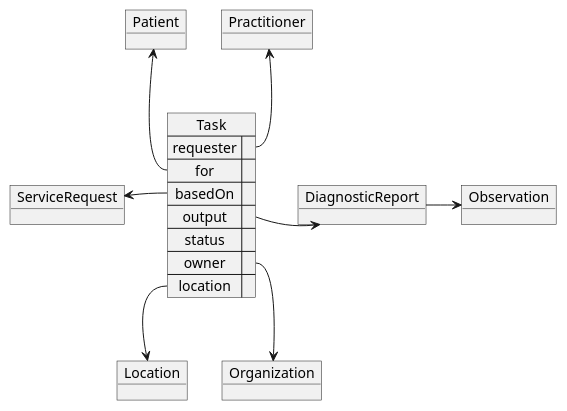
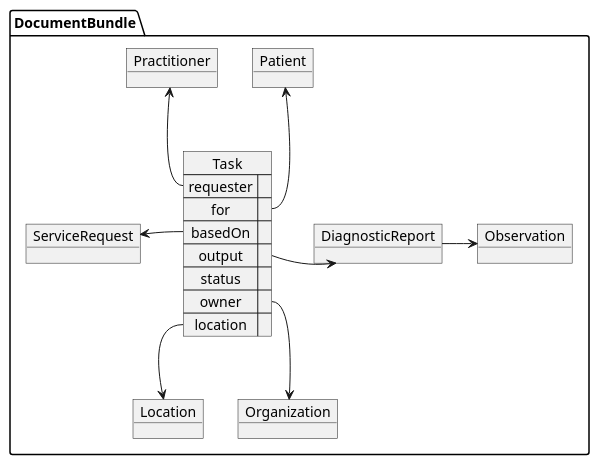
Before and after one commit to I-TECH-UW/laboratory-workflows-ig: the diagram in input/images-source/lab-bundle.plantuml, drawn with PlantUML.

Commit message:
Diagram update

```diff
--- a/input/images-source/lab-bundle.plantuml
+++ b/input/images-source/lab-bundle.plantuml
@@ -1,27 +1,28 @@
 @startuml
-object Patient
-object ServiceRequest
-object DiagnosticReport
-object Observation
-object Location
-object Organization
-object Practitioner
-
-map Task {
-  requester=>
-  for=>
-  basedOn=>
-  output=>
-  status=>
-  owner=>
-  location=>
+package DocumentBundle {
+  object Patient
+  object ServiceRequest
+  object DiagnosticReport
+  object Observation
+  object Location
+  object Organization
+  object Practitioner
+  map Task {
+    requester=>
+    for=>
+    basedOn=>
+    output=>
+    status=>
+    owner=>
+    location=>
+  }
 }
 
 Task::requester -u-> Practitioner
 Task::basedOn -l-> ServiceRequest
 Task::owner -d-> Organization
 Task::location -d-> Location
 Task::output -r-> DiagnosticReport
 DiagnosticReport -r-> Observation
 Task::for -u-> Patient
 @enduml
```
